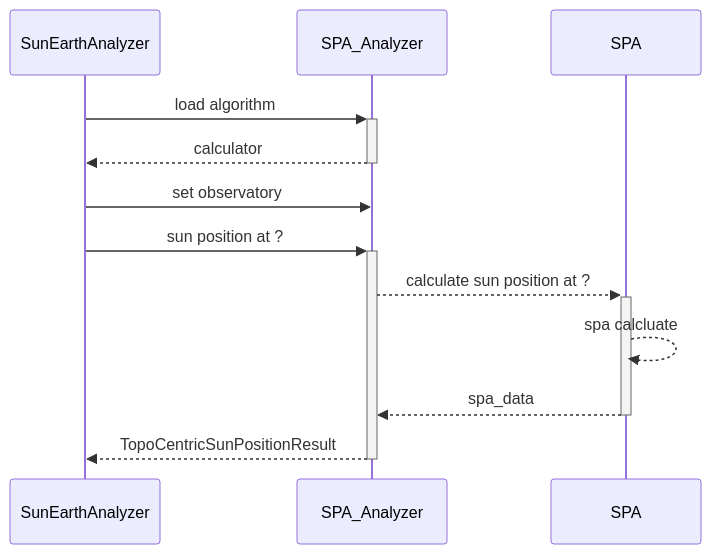
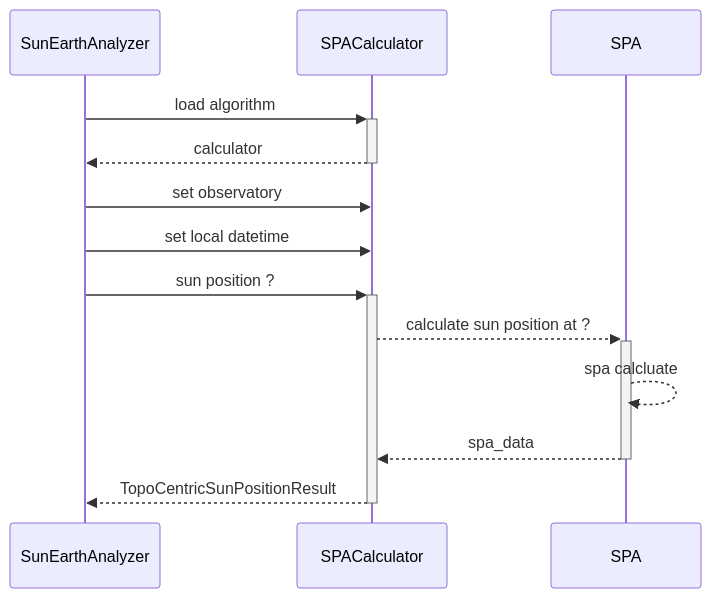
One commit to mikesongming/SE-Geometry changed the second of 3 diagrams in docs/dev-guide/dev-guide.md. Above: the diagram before and after it, drawn with Mermaid. The commit also changed other lines of this file and 37 other files, not shown here.

````diff
--- a/docs/dev-guide/dev-guide.md
+++ b/docs/dev-guide/dev-guide.md
@@ -70,22 +84,23 @@
 ``` mermaid
 sequenceDiagram
     participant SunEarthAnalyzer
-    participant SPA_Analyzer
+    participant SPACalculator
     participant SPA
-    SunEarthAnalyzer ->>+ SPA_Analyzer: load algorithm
-    SPA_Analyzer -->>- SunEarthAnalyzer: calculator
+    SunEarthAnalyzer ->>+ SPACalculator: load algorithm
+    SPACalculator -->>- SunEarthAnalyzer: calculator
 
-    SunEarthAnalyzer ->> SPA_Analyzer: set observatory
+    SunEarthAnalyzer ->> SPACalculator: set observatory
+    SunEarthAnalyzer ->> SPACalculator: set local datetime
 
-    SunEarthAnalyzer ->>+ SPA_Analyzer: sun position at ?
+    SunEarthAnalyzer ->>+ SPACalculator: sun position ?
     % break when observatory not set
-    %     SPA_Analyzer -->> SunEarthAnalyzer: RuntimeError
+    %     SPACalculator -->> SunEarthAnalyzer: RuntimeError
     % end
-    SPA_Analyzer -->>+ SPA: calculate sun position at ?
+    SPACalculator -->>+ SPA: calculate sun position at ?
     % break when validate_inputs fails
-    %     SPA-->SPA_Analyzer: error code
+    %     SPA-->SPACalculator: error code
     % end
     SPA -->> SPA: spa calcluate
-    SPA -->>- SPA_Analyzer: spa_data
-    SPA_Analyzer -->>- SunEarthAnalyzer: TopoCentricSunPositionResult
+    SPA -->>- SPACalculator: spa_data
+    SPACalculator -->>- SunEarthAnalyzer: TopoCentricSunPositionResult
 ```
````
